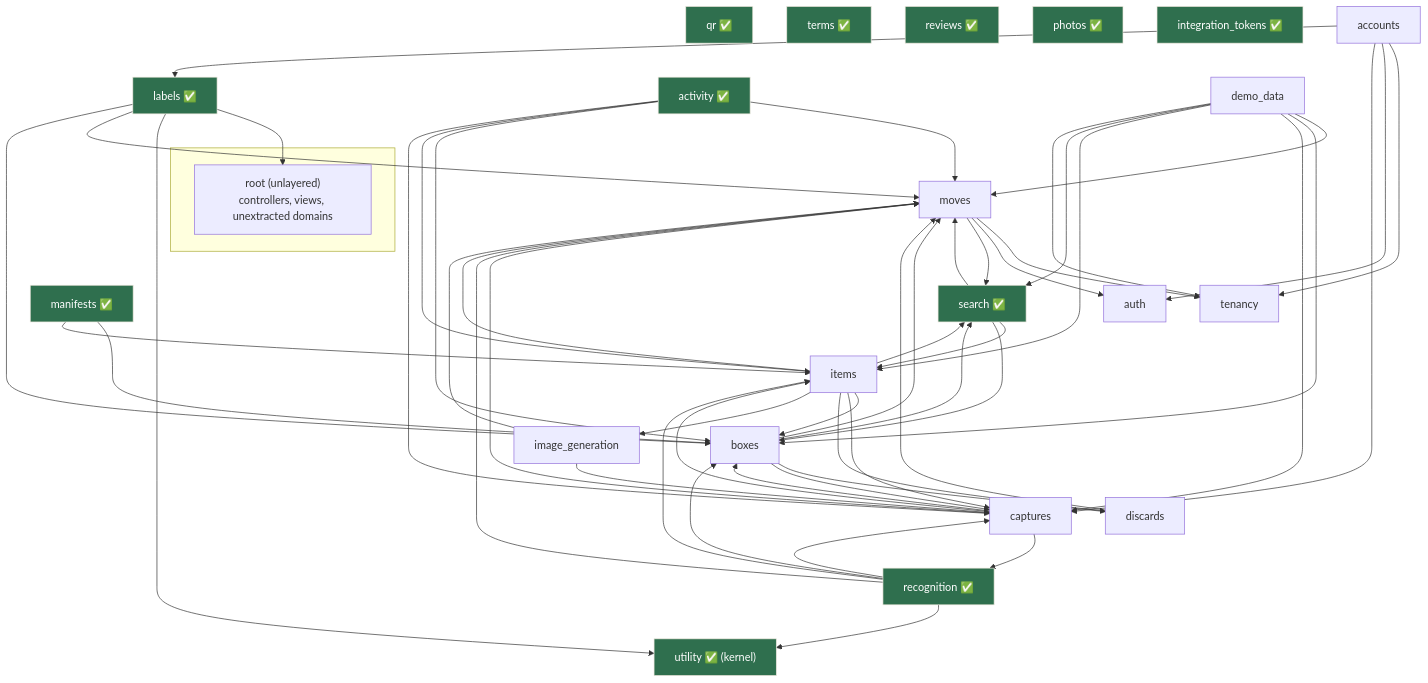
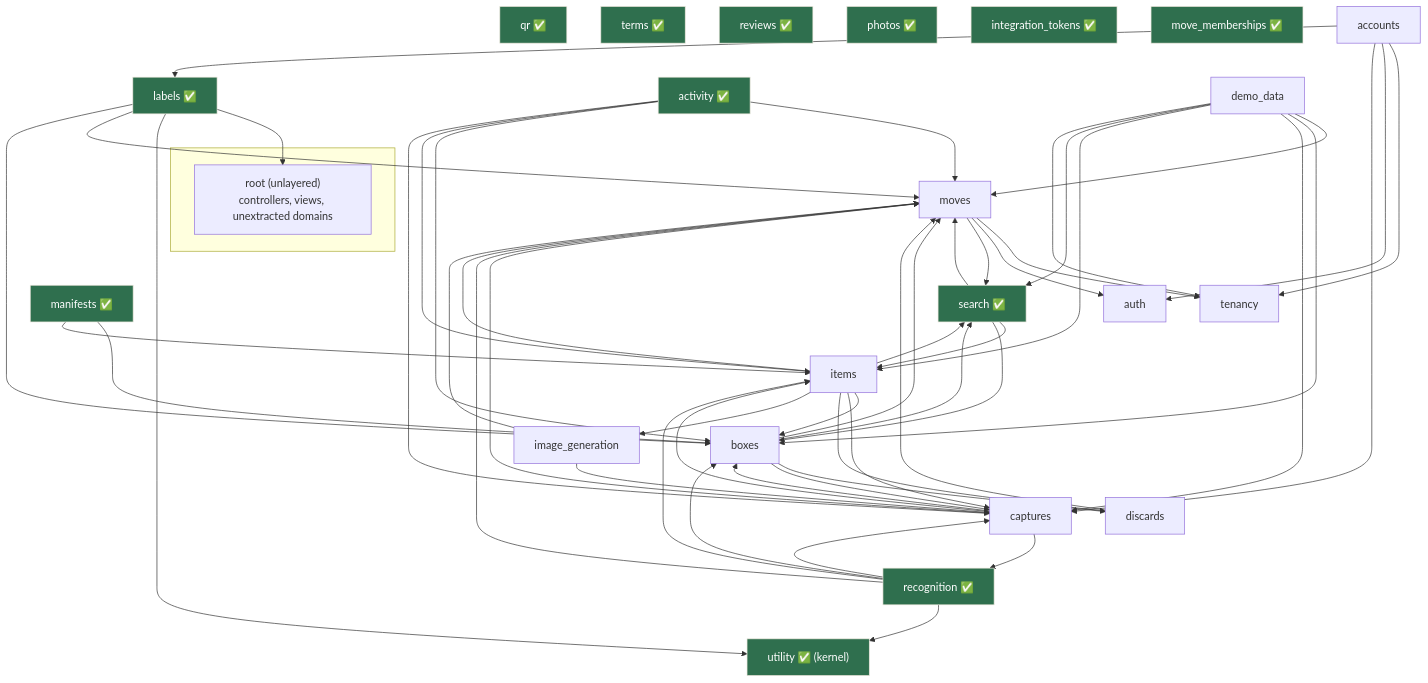
One commit to joel/move changed the diagram in doc/project/packwerk-boundaries.md. Above: the diagram before and after it, drawn with Mermaid. The commit also changed 5 other files, not shown here.

Commit message:
docs(packwerk): mark move_memberships as extracted

````diff
--- a/doc/project/packwerk-boundaries.md
+++ b/doc/project/packwerk-boundaries.md
@@ -154,46 +154,47 @@
 ```mermaid
 graph TD
     subgraph application [" "]
       root["root (unlayered)<br/>controllers, views, unextracted domains"]
     end
 
     labels["labels ✅"]
     utility["utility ✅ (kernel)"]
     boxes["boxes"]
     items["items"]
     moves["moves"]
     captures["captures"]
     recognition["recognition ✅"]
     search["search ✅"]
     image_gen["image_generation"]
     activity["activity ✅"]
     qr["qr ✅"]
     terms["terms ✅"]
     reviews["reviews ✅"]
     photos["photos ✅"]
     integration_tokens["integration_tokens ✅"]
+    move_memberships["move_memberships ✅"]
     manifests["manifests ✅"]
     discards["discards"]
     accounts["accounts"]
     demo["demo_data"]
     tenancy["tenancy"]
     auth["auth"]
 
     labels --> root & utility
     boxes --> moves & discards & search & captures
     items --> boxes & moves & captures & discards & image_gen & search
     captures --> moves & boxes & items & recognition
     recognition --> moves & boxes & items & captures & utility
     search --> moves & items & boxes
     moves --> tenancy & auth & search
     image_gen --> moves & captures
     activity --> moves & boxes & items & captures
     manifests --> boxes & items
     labels --> moves & boxes
     accounts --> tenancy & auth & captures & labels
     demo --> moves & boxes & captures & items & search & tenancy
     discards --> moves
 
     classDef done fill:#2f6f4e,stroke:#ECE7DC,color:#fff;
-    class labels,utility,manifests,search,recognition,activity,qr,terms,reviews,photos,integration_tokens done;
+    class labels,utility,manifests,search,recognition,activity,qr,terms,reviews,photos,integration_tokens,move_memberships done;
 ```
````
